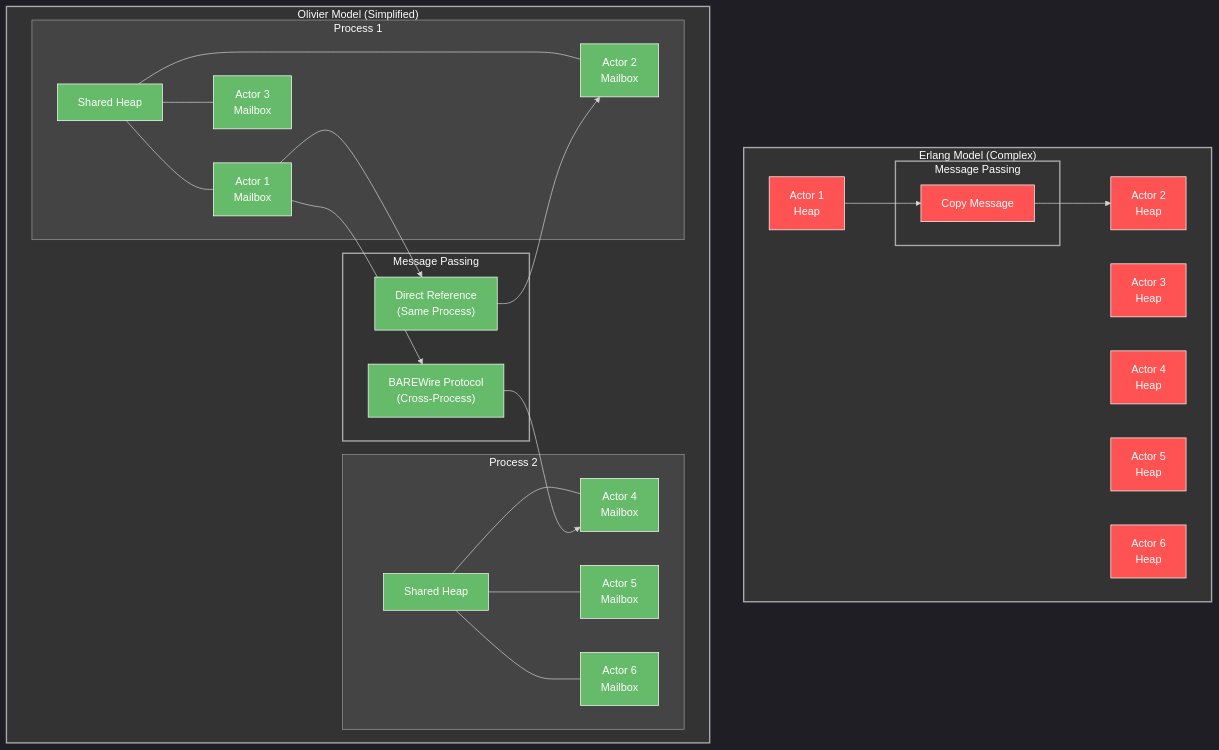
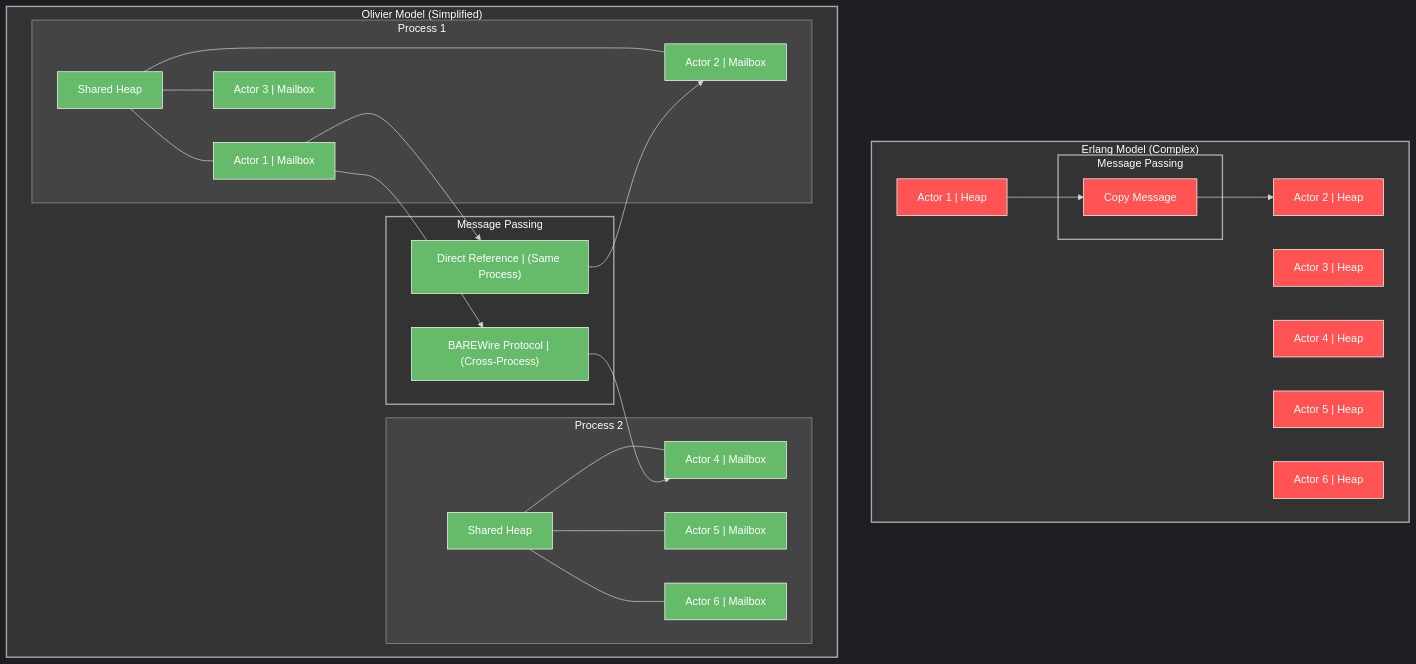
The fifth of 12 diagrams in 06 Fidelity framework Beyond Resilience.md (houstonhaynes/AD4SDocs), drawn with Mermaid before and after one commit. The commit also changed other lines of this file and 4 other files, not shown here.

Commit message:
Fix mermaid diagrams

````diff
--- a/06 Fidelity framework Beyond Resilience.md
+++ b/06 Fidelity framework Beyond Resilience.md
@@ -303,74 +303,74 @@
 ```mermaid
 %%{init: {'theme': 'dark', 'themeVariables': { 'primaryColor': '#242424', 'primaryTextColor': '#fff', 'primaryBorderColor': '#888', 'lineColor': '#d3d3d3', 'secondaryColor': '#2b2b2b', 'tertiaryColor': '#333' }}}%%
 flowchart TB
     subgraph Erlang["Erlang Model (Complex)"]
-        EA1["Actor 1\nHeap"]
-        EA2["Actor 2\nHeap"]
-        EA3["Actor 3\nHeap"]
-        EA4["Actor 4\nHeap"]
-        EA5["Actor 5\nHeap"]
-        EA6["Actor 6\nHeap"]
+        EA1["Actor 1 | Heap"]
+        EA2["Actor 2 | Heap"]
+        EA3["Actor 3 | Heap"]
+        EA4["Actor 4 | Heap"]
+        EA5["Actor 5 | Heap"]
+        EA6["Actor 6 | Heap"]
         
         subgraph EMsg["Message Passing"]
             Copy["Copy Message"]
         end
         
         EA1 --> Copy --> EA2
     end
     
     subgraph Olivier["Olivier Model (Simplified)"]
         subgraph Process1["Process 1"]
             Heap1["Shared Heap"]
-            OA1["Actor 1\nMailbox"]
-            OA2["Actor 2\nMailbox"]
-            OA3["Actor 3\nMailbox"]
+            OA1["Actor 1 | Mailbox"]
+            OA2["Actor 2 | Mailbox"]
+            OA3["Actor 3 | Mailbox"]
             
             Heap1 --- OA1
             Heap1 --- OA2
             Heap1 --- OA3
         end
         
         subgraph Process2["Process 2"]
             Heap2["Shared Heap"]
-            OA4["Actor 4\nMailbox"]
-            OA5["Actor 5\nMailbox"]
-            OA6["Actor 6\nMailbox"]
+            OA4["Actor 4 | Mailbox"]
+            OA5["Actor 5 | Mailbox"]
+            OA6["Actor 6 | Mailbox"]
             
             Heap2 --- OA4
             Heap2 --- OA5
             Heap2 --- OA6
         end
         
         subgraph OMsg["Message Passing"]
-            DirectRef["Direct Reference\n(Same Process)"]
-            BAREWire["BAREWire Protocol\n(Cross-Process)"]
+            DirectRef["Direct Reference | (Same Process)"]
+            BAREWire["BAREWire Protocol | (Cross-Process)"]
         end
         
         OA1 --> DirectRef --> OA2
         OA1 --> BAREWire --> OA4
     end
     
     style Erlang fill:#333,stroke:#aaa,stroke-width:2px,color:#fff
     style Olivier fill:#333,stroke:#aaa,stroke-width:2px,color:#fff
     style EMsg fill:#333,stroke:#aaa,stroke-width:2px,color:#fff
     style OMsg fill:#333,stroke:#aaa,stroke-width:2px,color:#fff
     style Process1 fill:#444,stroke:#999,stroke-width:1px,color:#fff
     style Process2 fill:#444,stroke:#999,stroke-width:1px,color:#fff
     style EA1 fill:#FF5252,stroke:#fff,stroke-width:1px,color:#fff
     style EA2 fill:#FF5252,stroke:#fff,stroke-width:1px,color:#fff
     style EA3 fill:#FF5252,stroke:#fff,stroke-width:1px,color:#fff
     style EA4 fill:#FF5252,stroke:#fff,stroke-width:1px,color:#fff
     style EA5 fill:#FF5252,stroke:#fff,stroke-width:1px,color:#fff
     style EA6 fill:#FF5252,stroke:#fff,stroke-width:1px,color:#fff
     style Copy fill:#FF5252,stroke:#fff,stroke-width:1px,color:#fff
     style Heap1 fill:#66BB6A,stroke:#fff,stroke-width:1px,color:#fff
     style Heap2 fill:#66BB6A,stroke:#fff,stroke-width:1px,color:#fff
     style OA1 fill:#66BB6A,stroke:#fff,stroke-width:1px,color:#fff
     style OA2 fill:#66BB6A,stroke:#fff,stroke-width:1px,color:#fff
     style OA3 fill:#66BB6A,stroke:#fff,stroke-width:1px,color:#fff
     style OA4 fill:#66BB6A,stroke:#fff,stroke-width:1px,color:#fff
     style OA5 fill:#66BB6A,stroke:#fff,stroke-width:1px,color:#fff
     style OA6 fill:#66BB6A,stroke:#fff,stroke-width:1px,color:#fff
     style DirectRef fill:#66BB6A,stroke:#fff,stroke-width:1px,color:#fff
     style BAREWire fill:#66BB6A,stroke:#fff,stroke-width:1px,color:#fff
 ```
````
